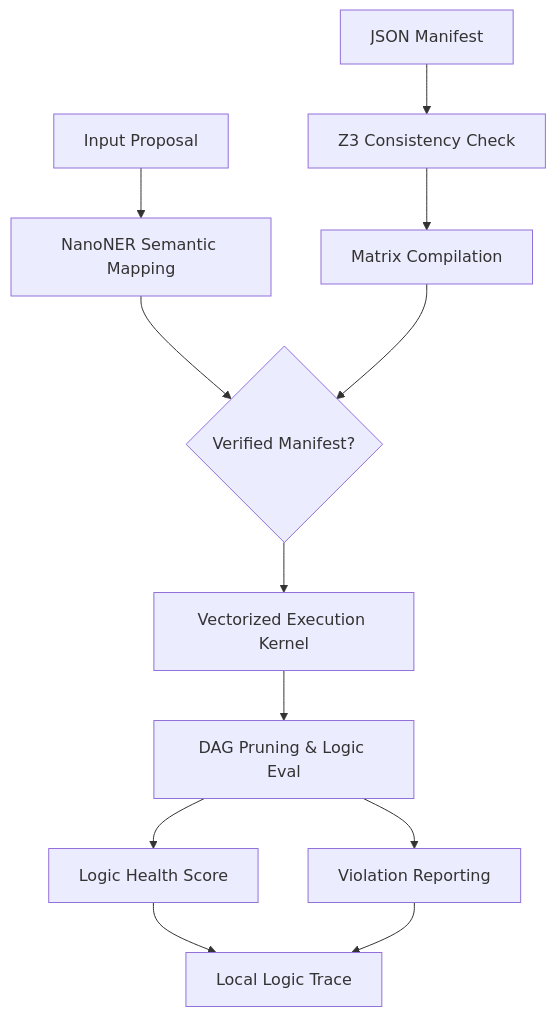
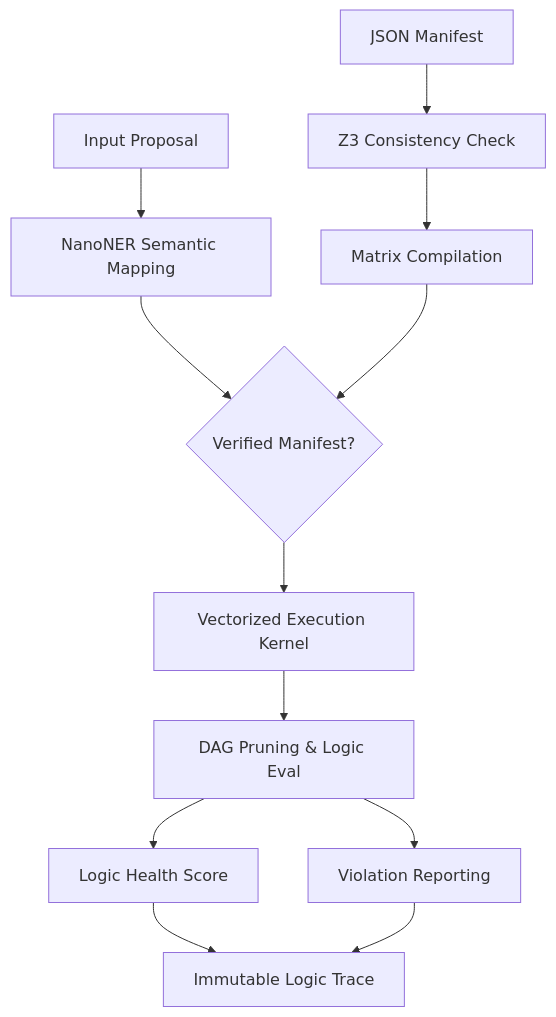
Before and after one commit to wassmi/lnt-sovereign: the diagram in docs/architecture.md, drawn with Mermaid. The commit also changed other lines of this file and 3 other files, not shown here.

````diff
--- a/docs/architecture.md
+++ b/docs/architecture.md
@@ -31,14 +31,14 @@
 ```mermaid
 graph TD
     A[Input Proposal] --> B[NanoNER Semantic Mapping]
     B --> C{Verified Manifest?}
     D[JSON Manifest] --> E[Z3 Consistency Check]
     E --> F[Matrix Compilation]
     F --> C
     C --> G[Vectorized Execution Kernel]
     G --> H[DAG Pruning & Logic Eval]
     H --> I[Logic Health Score]
     H --> J[Violation Reporting]
-    I --> K[Local Logic Trace]
+    I --> K[Immutable Logic Trace]
     J --> K
 ```
````
